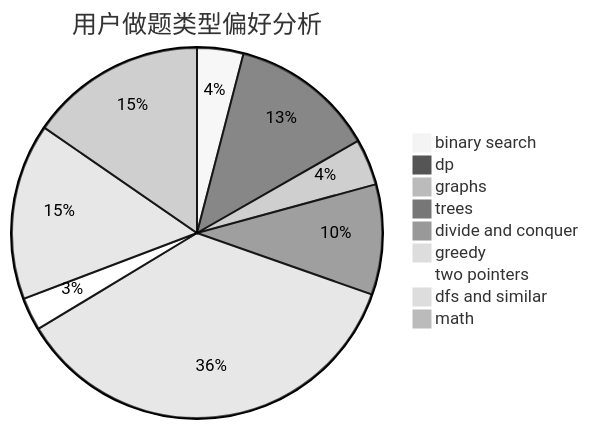
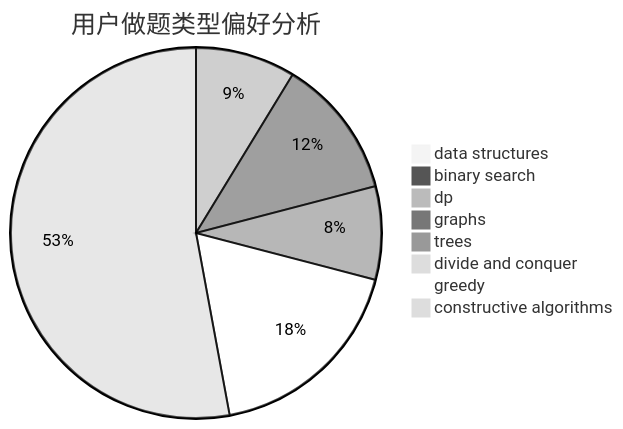
Before and after one commit to sherpahu/cfrs.github.io: the second of 3 diagrams in docs/user/u1503.md, drawn with Mermaid (neutral theme). The commit also changed other lines of this file and 2775 other files, not shown here.

````diff
--- a/docs/user/u1503.md
+++ b/docs/user/u1503.md
@@ -23,12 +23,11 @@
 ```mermaid
 pie title 用户做题类型偏好分析
-    "binary search" :  21
-    "dp" :  66
+    "data structures" :  0
+    "binary search" :  0
+    "dp" :  15
     "graphs" :  21
-    "trees" :  50
+    "trees" :  14
     "divide and conquer" :  0
-    "greedy" :  187
-    "two pointers" :  15
-    "dfs and similar" :  80
-    "math" :  80
+    "greedy" :  31
+    "constructive algorithms" :  91
 ```
````
